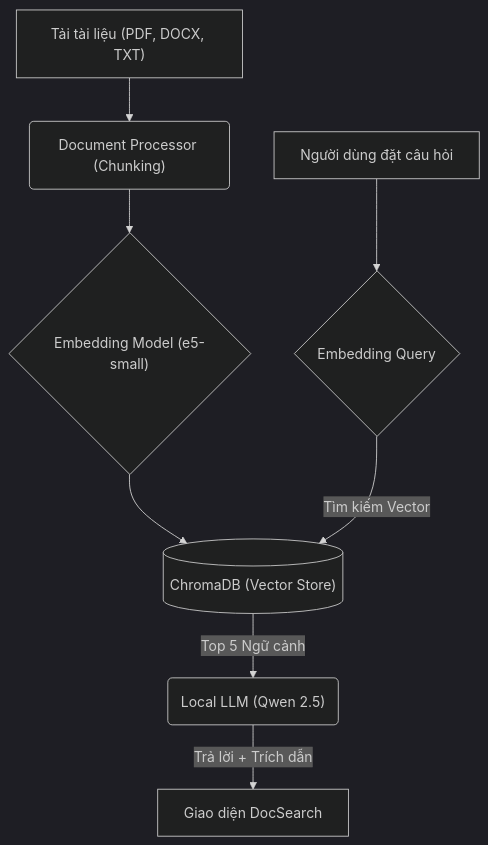
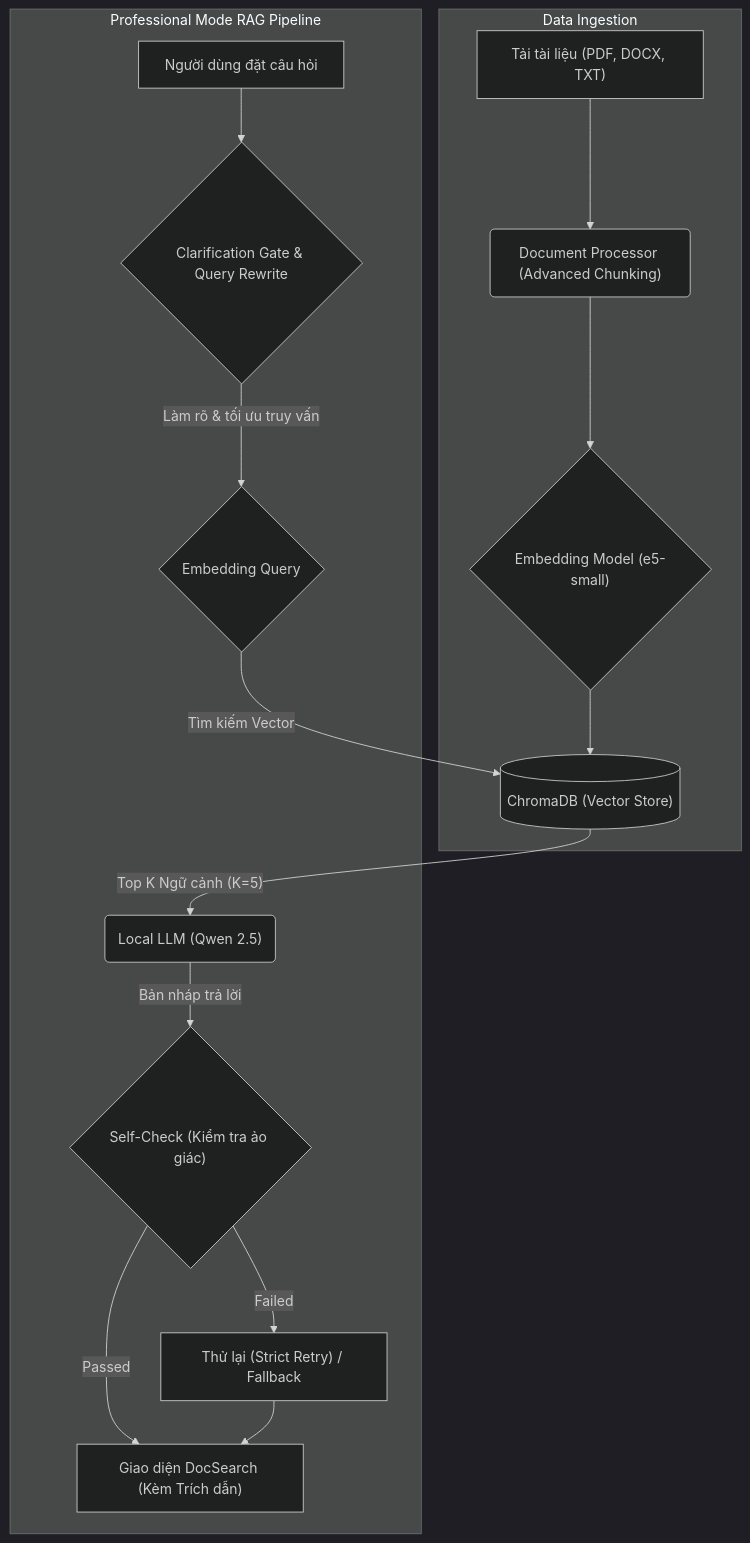
One commit to Visin-8386/chatbot changed the diagram in README.md. Above: the diagram before and after it, drawn with Mermaid (dark theme).

Commit message:
Docs: Cập nhật sơ đồ kiến trúc RAG cho chế độ Pro Mode

````diff
--- a/README.md
+++ b/README.md
@@ -51,11 +51,19 @@
 ```mermaid
 graph TD;
-    A["Tải tài liệu (PDF, DOCX, TXT)"] --> B("Document Processor (Chunking)");
-    B --> C{"Embedding Model (e5-small)"};
-    C --> D[("ChromaDB (Vector Store)")];
+    subgraph "Data Ingestion"
+        A["Tải tài liệu (PDF, DOCX, TXT)"] --> B("Document Processor (Advanced Chunking)");
+        B --> C{"Embedding Model (e5-small)"};
+        C --> D[("ChromaDB (Vector Store)")];
+    end
     
-    E["Người dùng đặt câu hỏi"] --> F{"Embedding Query"};
-    F -->|"Tìm kiếm Vector"| D;
-    D -->|"Top 5 Ngữ cảnh"| G("Local LLM (Qwen 2.5)");
-    G -->|"Trả lời + Trích dẫn"| H["Giao diện DocSearch"];
+    subgraph "Professional Mode RAG Pipeline"
+        E["Người dùng đặt câu hỏi"] --> Q{"Clarification Gate & Query Rewrite"};
+        Q -->|"Làm rõ & tối ưu truy vấn"| F{"Embedding Query"};
+        F -->|"Tìm kiếm Vector"| D;
+        D -->|"Top K Ngữ cảnh (K=5)"| G("Local LLM (Qwen 2.5)");
+        G -->|"Bản nháp trả lời"| S{"Self-Check (Kiểm tra ảo giác)"};
+        S -->|"Passed"| H["Giao diện DocSearch (Kèm Trích dẫn)"];
+        S -->|"Failed"| R["Thử lại (Strict Retry) / Fallback"];
+        R --> H;
+    end
 ```
````
